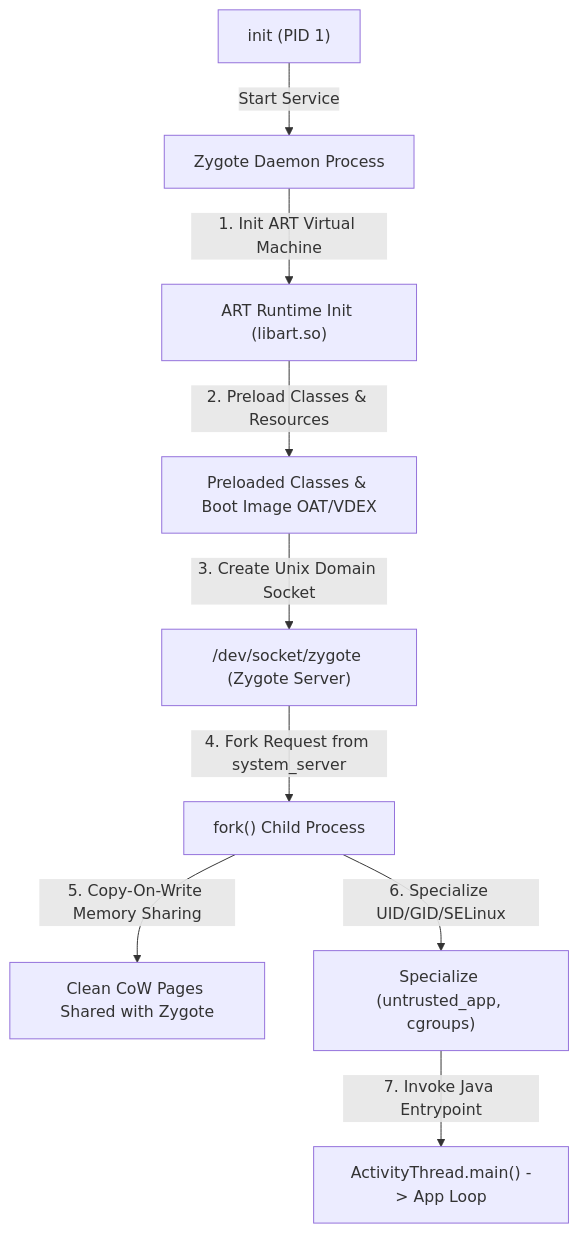
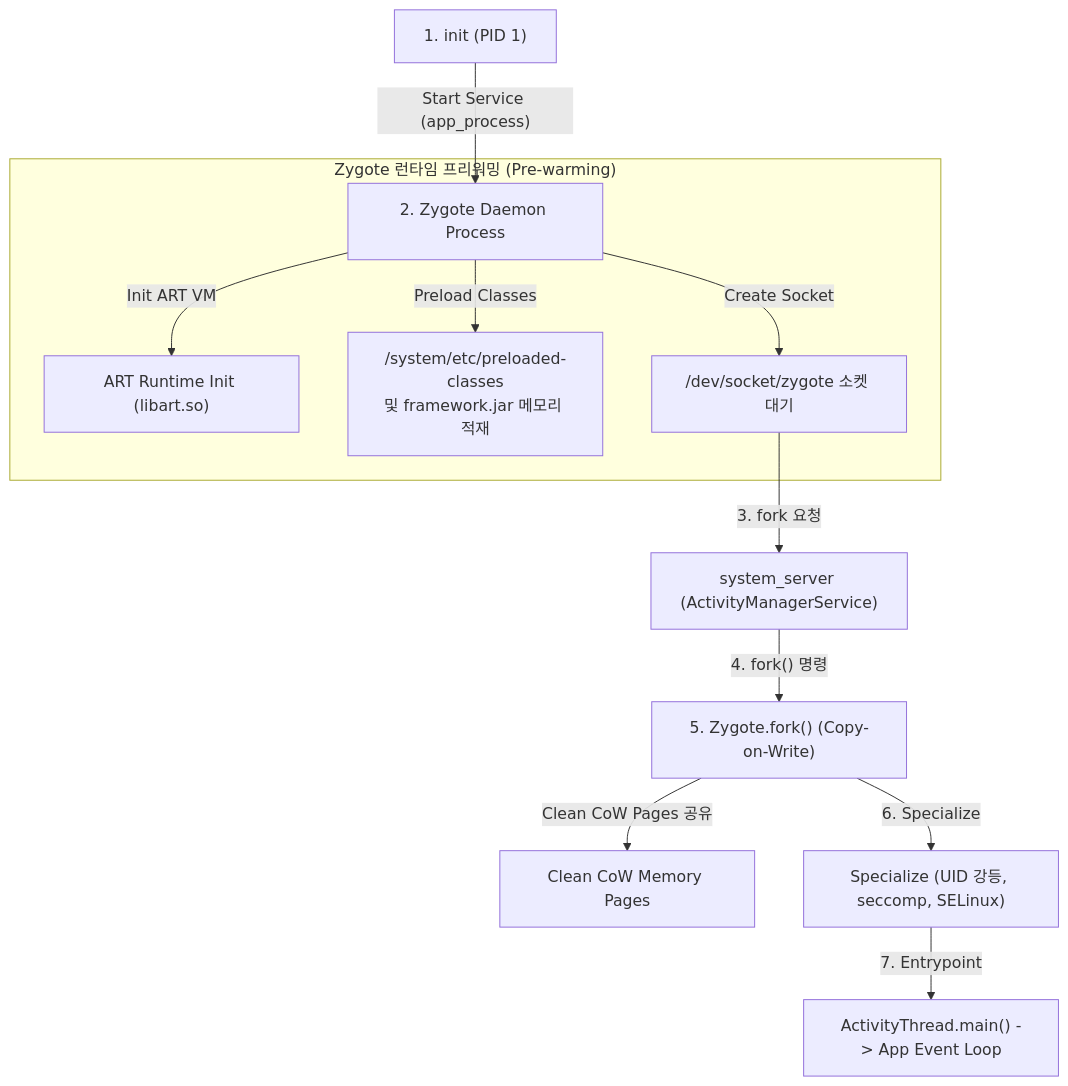
Before and after one commit to youngmin-gwon/what-i-studied: the diagram in 01_inbox/mobile/android/01_system_internals/boot-and-runtime/zygote-runtime/zygote-runtime.md, drawn with Mermaid. The commit also changed other lines of this file and 374 other files, not shown here.

````diff
--- a/01_inbox/mobile/android/01_system_internals/boot-and-runtime/zygote-runtime/zygote-runtime.md
+++ b/01_inbox/mobile/android/01_system_internals/boot-and-runtime/zygote-runtime/zygote-runtime.md
@@ -13,11 +21,17 @@
 ```mermaid
 flowchart TD
-    INIT["init (PID 1)"] -->|"Start Service"| ZYGOTE["Zygote Daemon Process"]
-    ZYGOTE -->|"1. Init ART Virtual Machine"| ART_INIT["ART Runtime Init (libart.so)"]
-    ART_INIT -->|"2. Preload Classes & Resources"| PRELOAD["Preloaded Classes & Boot Image OAT/VDEX"]
-    PRELOAD -->|"3. Create Unix Domain Socket"| SOCK["/dev/socket/zygote (Zygote Server)"]
-    SOCK -->|"4. Fork Request from system_server"| FORK["fork() Child Process"]
-    FORK -->|"5. Copy-On-Write Memory Sharing"| COW["Clean CoW Pages Shared with Zygote"]
-    FORK -->|"6. Specialize UID/GID/SELinux"| SPEC["Specialize (untrusted_app, cgroups)"]
-    SPEC -->|"7. Invoke Java Entrypoint"| ACT_THREAD["ActivityThread.main() -> App Loop"]
+    INIT["1. init (PID 1)"] -->|"Start Service (app_process)"| ZYGOTE["2. Zygote Daemon Process"]
+    
+    subgraph ZygotePrewarm ["Zygote 런타임 프리워밍 (Pre-warming)"]
+        ZYGOTE -->|"Init ART VM"| ART_INIT["ART Runtime Init (libart.so)"]
+        ZYGOTE -->|"Preload Classes"| PRELOAD["/system/etc/preloaded-classes<br/>및 framework.jar 메모리 적재"]
+        ZYGOTE -->|"Create Socket"| SOCK["/dev/socket/zygote 소켓 대기"]
+    end
+    
+    SOCK -->|"3. fork 요청"| AMS["system_server (ActivityManagerService)"]
+    AMS -->|"4. fork() 명령"| FORK["5. Zygote.fork() (Copy-on-Write)"]
+    
+    FORK -->|"Clean CoW Pages 공유"| COW["Clean CoW Memory Pages"]
+    FORK -->|"6. Specialize"| SPEC["Specialize (UID 강등, seccomp, SELinux)"]
+    SPEC -->|"7. Entrypoint"| ACT_THREAD["ActivityThread.main() -> App Event Loop"]
 ```
````
